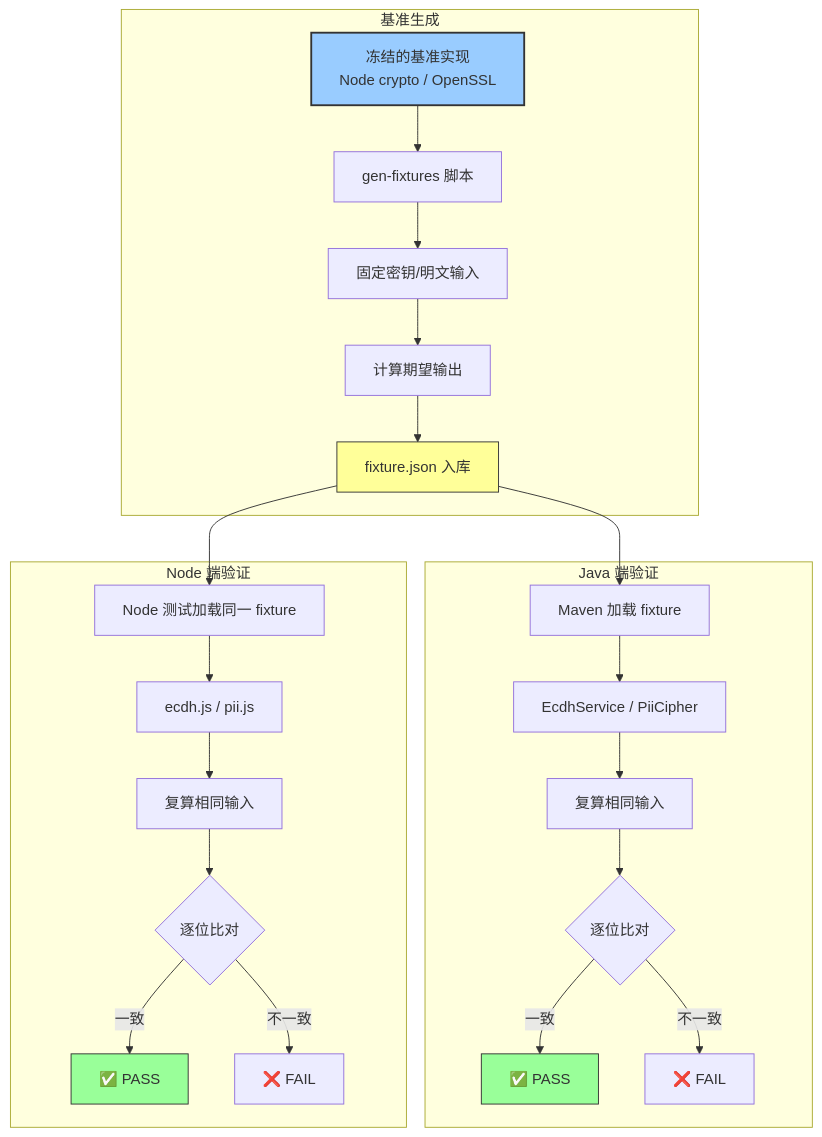
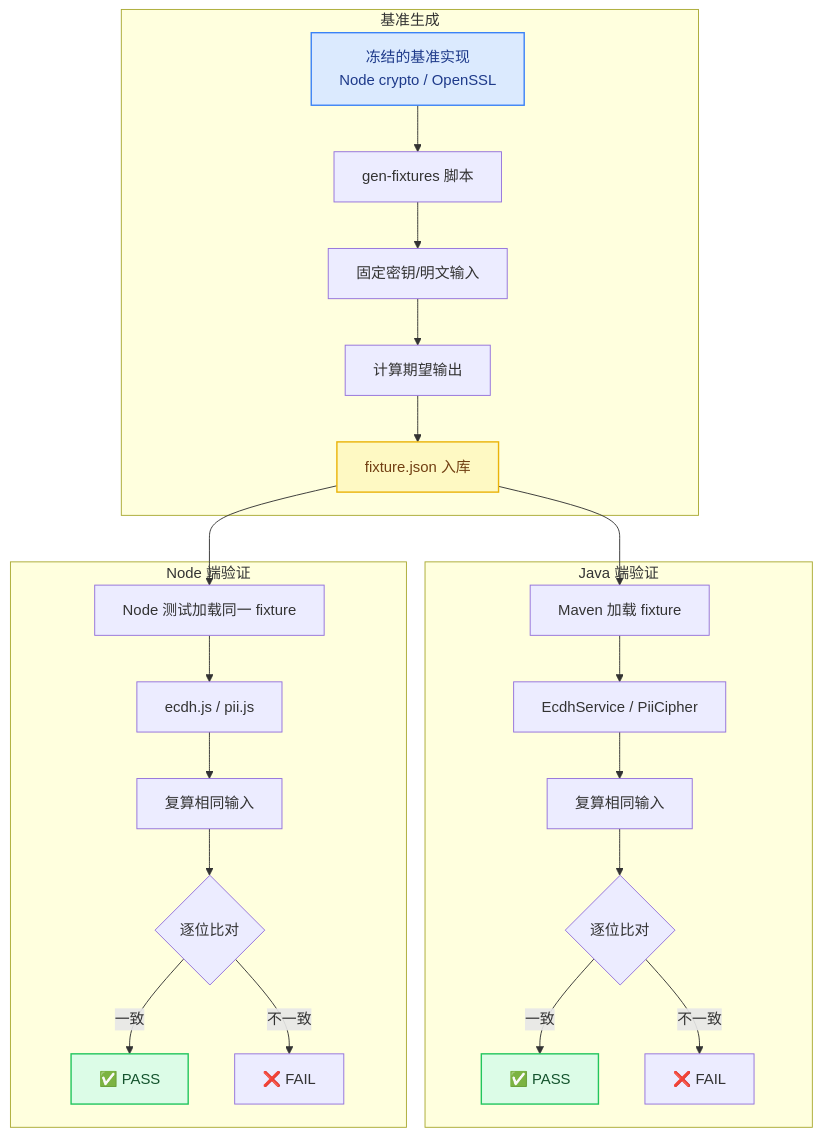
Before and after one commit to StevenTsai/distribution-architecture: the diagram in architecture/cross-language-contract-testing.md, drawn with Mermaid. The commit also changed 16 other files, not shown here.

First line of the commit message:
feat(docs): render Mermaid diagrams and fix case-study 404s

````diff
--- a/architecture/cross-language-contract-testing.md
+++ b/architecture/cross-language-contract-testing.md
@@ -9,33 +9,36 @@
 ```mermaid
 flowchart TB
     subgraph 基准生成
         A[冻结的基准实现<br/>Node crypto / OpenSSL] --> B[gen-fixtures 脚本]
         B --> C[固定密钥/明文输入]
         C --> D[计算期望输出]
         D --> E[fixture.json 入库]
     end
 
     subgraph Java 端验证
         F[Maven 加载 fixture] --> G[EcdhService / PiiCipher]
         G --> H[复算相同输入]
         H --> I{逐位比对}
         I -->|一致| J[✅ PASS]
         I -->|不一致| K[❌ FAIL]
     end
 
     subgraph Node 端验证
         L[Node 测试加载同一 fixture] --> M[ecdh.js / pii.js]
         M --> N[复算相同输入]
         N --> O{逐位比对}
         O -->|一致| P[✅ PASS]
         O -->|不一致| Q[❌ FAIL]
     end
 
     E --> F
     E --> L
 
-    style A fill:#9cf,stroke:#333,stroke-width:2px
-    style E fill:#ff9,stroke:#333
-    style J fill:#9f9,stroke:#333
-    style P fill:#9f9,stroke:#333
+    class A entry
+    class E warning
+    class J success
+    class P success
+    classDef entry fill:#dbeafe,stroke:#3b82f6,color:#1e3a8a,stroke-width:1.5px
+    classDef success fill:#dcfce7,stroke:#22c55e,color:#14532d,stroke-width:1.5px
+    classDef warning fill:#fef9c3,stroke:#eab308,color:#713f12,stroke-width:1.5px
 ```
````
